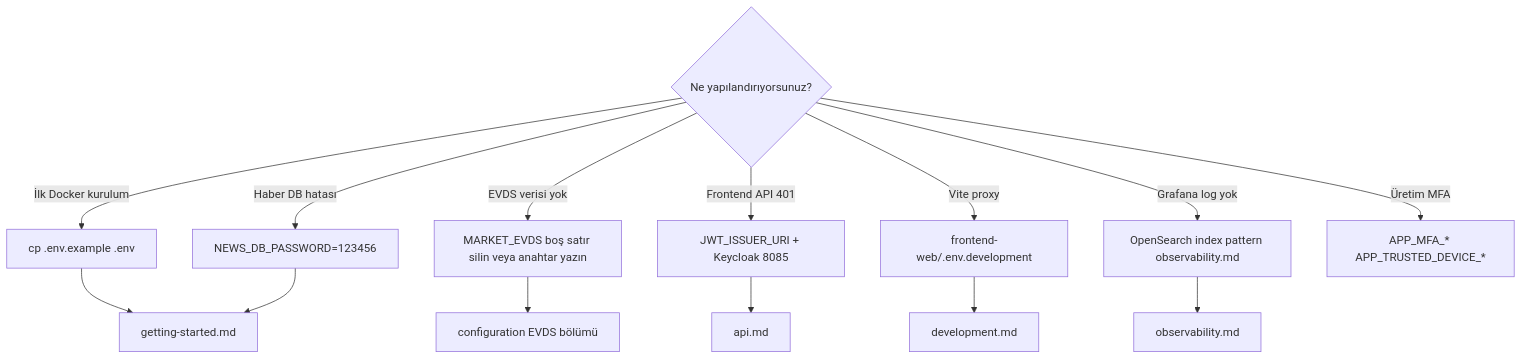
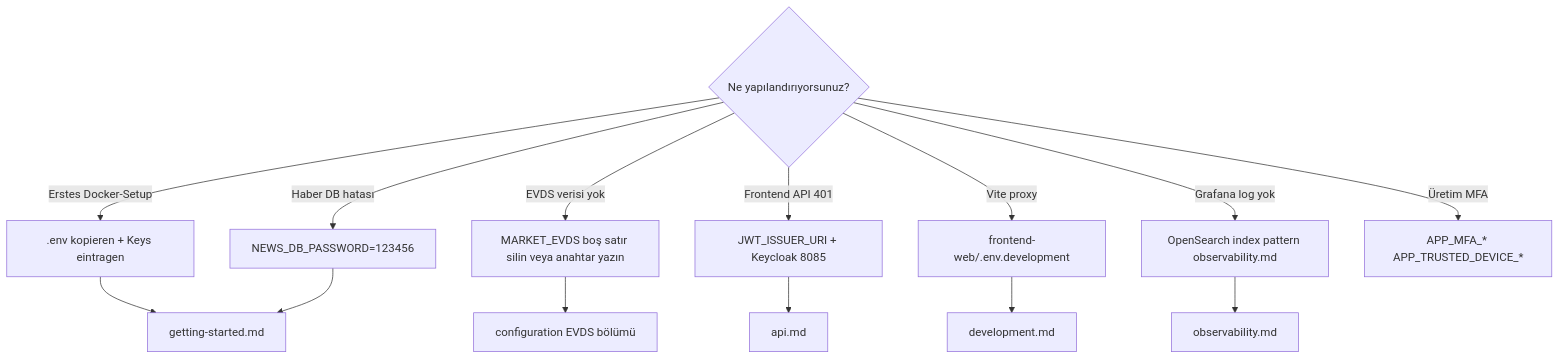
The fifth of 5 diagrams in docs/deutsch/configuration.md (TaridaG/Toyota-32Bit-Finance-Platform), drawn with Mermaid before and after one commit. The commit also changed other lines of this file and 28 other files, not shown here.

````diff
--- a/docs/deutsch/configuration.md
+++ b/docs/deutsch/configuration.md
@@ -218,18 +231,18 @@
 ```mermaid
 flowchart TD
   Q{Ne yapılandırıyorsunuz?}
-  Q -->|İlk Docker kurulum| A[cp .env.example .env]
+  Q -->|Erstes Docker-Setup| A[.env kopieren + Keys eintragen]
   Q -->|Haber DB hatası| B[NEWS_DB_PASSWORD=123456]
   Q -->|EVDS verisi yok| C[MARKET_EVDS boş satır silin veya anahtar yazın]
   Q -->|Frontend API 401| D[JWT_ISSUER_URI + Keycloak 8085]
   Q -->|Vite proxy| E[frontend-web/.env.development]
   Q -->|Grafana log yok| F[OpenSearch index pattern observability.md]
   Q -->|Üretim MFA| G[APP_MFA_* APP_TRUSTED_DEVICE_*]
 
   A --> DOC[getting-started.md]
   B --> DOC
   C --> EVDS[configuration EVDS bölümü]
   D --> API[api.md]
   E --> DEV[development.md]
   F --> OBS[observability.md]
 ```
````
